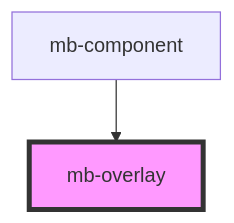
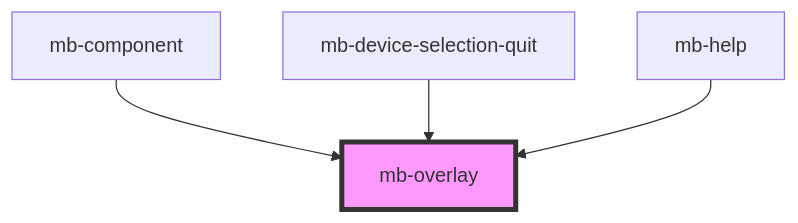
The diagram in ui/docs/components/shared/mb-overlay/readme.md (BlinkID/blinkid-in-browser), drawn with Mermaid before and after one commit. The commit also changed other lines of this file and 148 other files, not shown here.

````diff
--- a/ui/docs/components/shared/mb-overlay/readme.md
+++ b/ui/docs/components/shared/mb-overlay/readme.md
@@ -23,5 +25,7 @@
 ```mermaid
 graph TD;
   mb-component --> mb-overlay
+  mb-device-selection-quit --> mb-overlay
+  mb-help --> mb-overlay
   style mb-overlay fill:#f9f,stroke:#333,stroke-width:4px
 ```
````
